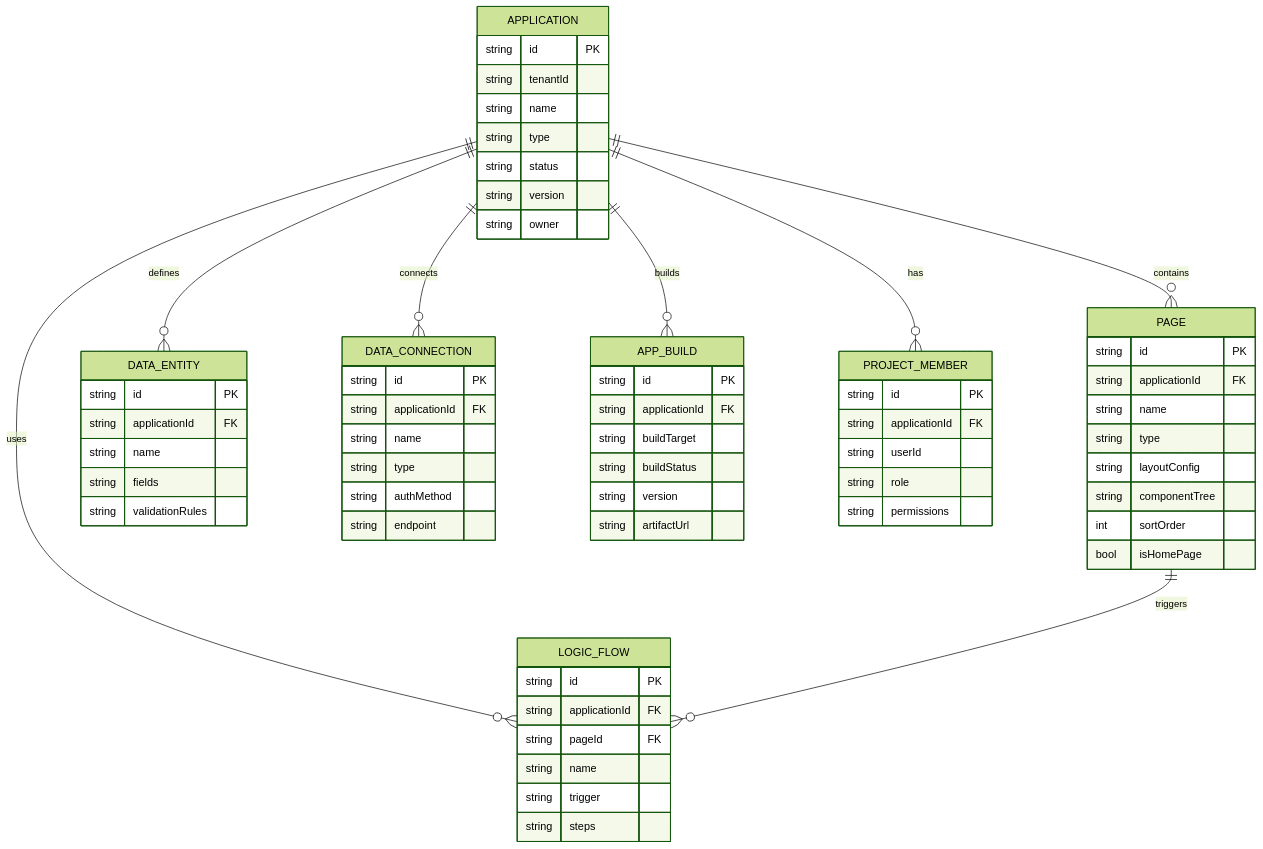
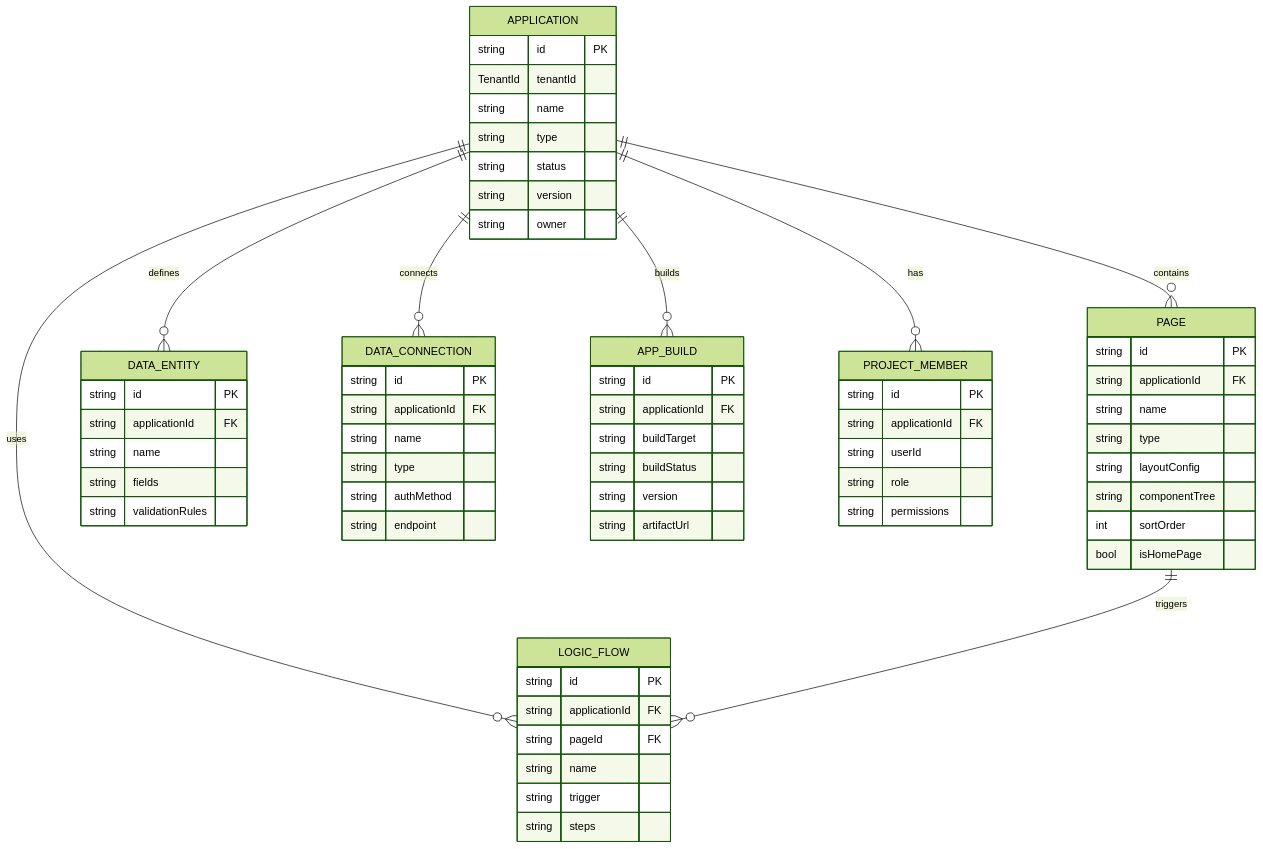
One commit to UIMSolutions/uim-platform changed the third of 7 diagrams in build-apps/NAFv4.md. Above: the diagram before and after it, drawn with Mermaid (forest theme). The commit also changed 65 other files, not shown here.

````diff
--- a/build-apps/NAFv4.md
+++ b/build-apps/NAFv4.md
@@ -87,75 +87,75 @@
 ```mermaid
 erDiagram
     APPLICATION ||--o{ PAGE : contains
     APPLICATION ||--o{ DATA_ENTITY : defines
     APPLICATION ||--o{ DATA_CONNECTION : connects
     APPLICATION ||--o{ LOGIC_FLOW : uses
     APPLICATION ||--o{ APP_BUILD : builds
     APPLICATION ||--o{ PROJECT_MEMBER : has
 
     PAGE ||--o{ LOGIC_FLOW : triggers
 
     APPLICATION {
         string id PK
-        string tenantId
+        TenantId tenantId
         string name
         string type
         string status
         string version
         string owner
     }
 
     PAGE {
         string id PK
         string applicationId FK
         string name
         string type
         string layoutConfig
         string componentTree
         int sortOrder
         bool isHomePage
     }
 
     DATA_ENTITY {
         string id PK
         string applicationId FK
         string name
         string fields
         string validationRules
     }
 
     DATA_CONNECTION {
         string id PK
         string applicationId FK
         string name
         string type
         string authMethod
         string endpoint
     }
 
     LOGIC_FLOW {
         string id PK
         string applicationId FK
         string pageId FK
         string name
         string trigger
         string steps
     }
 
     APP_BUILD {
         string id PK
         string applicationId FK
         string buildTarget
         string buildStatus
         string version
         string artifactUrl
     }
 
     PROJECT_MEMBER {
         string id PK
         string applicationId FK
         string userId
         string role
         string permissions
     }
 ```
````
